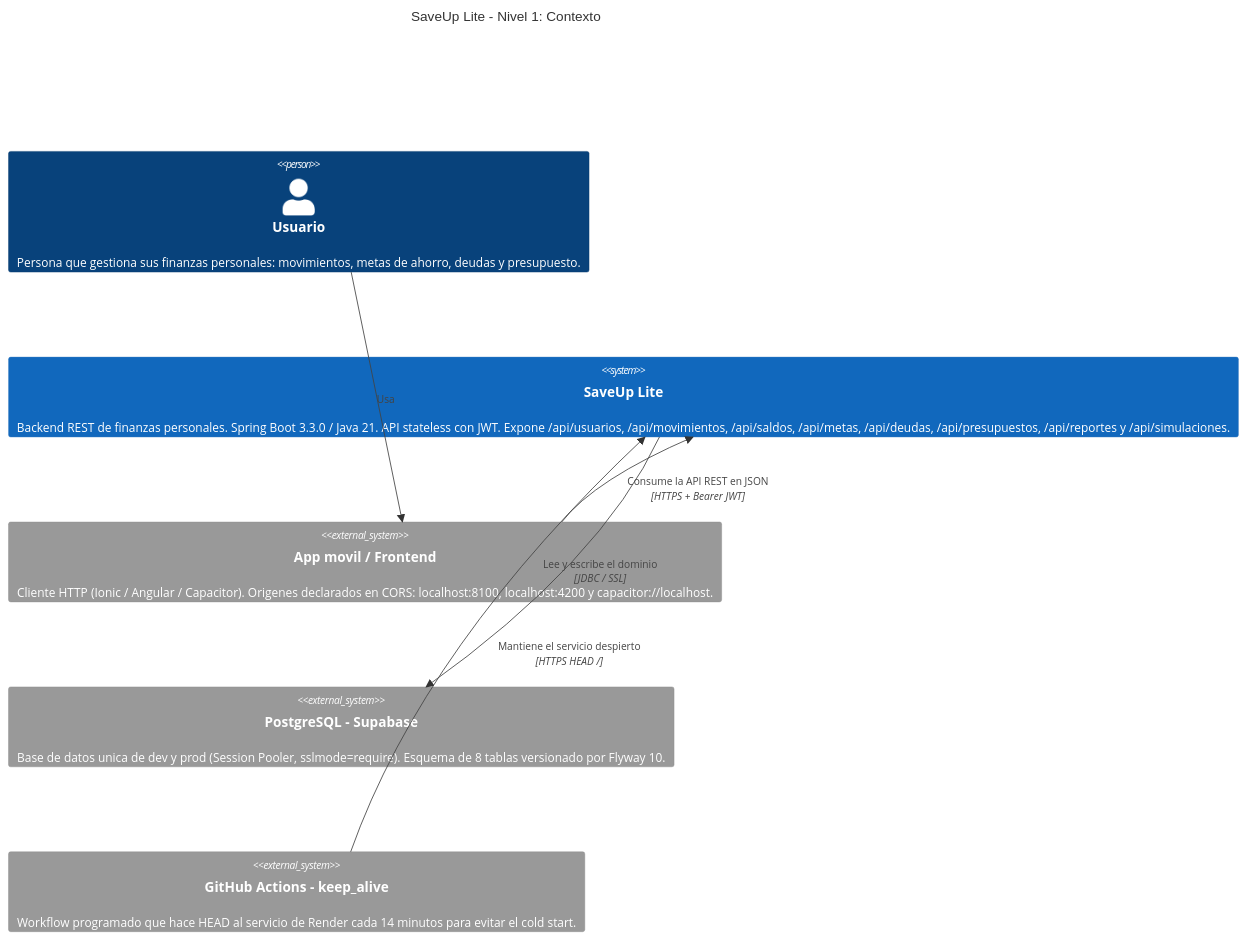
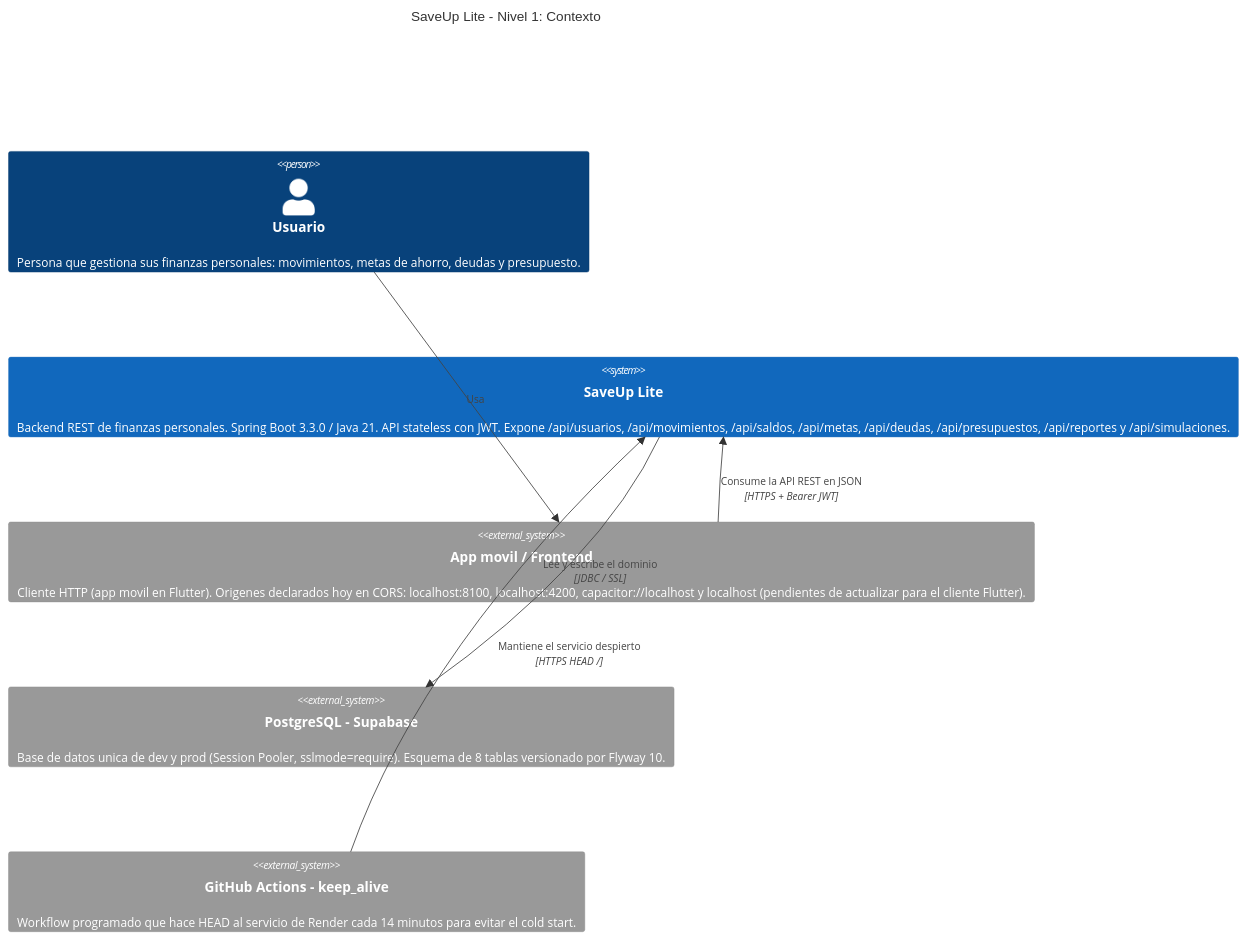
One commit to ItsMilkey/LITE changed the diagram in docs/diagramas/01-contexto.md. Above: the diagram before and after it, drawn with Mermaid. The commit also changed other lines of this file and 23 other files, not shown here.

Commit message:
Diagramas de arquitectura e Historias de usuario.

````diff
--- a/docs/diagramas/01-contexto.md
+++ b/docs/diagramas/01-contexto.md
@@ -17,19 +17,19 @@
 ```mermaid
 C4Context
     title SaveUp Lite - Nivel 1: Contexto
 
     Person(usuario, "Usuario", "Persona que gestiona sus finanzas personales: movimientos, metas de ahorro, deudas y presupuesto.")
 
     System(saveup, "SaveUp Lite", "Backend REST de finanzas personales. Spring Boot 3.3.0 / Java 21. API stateless con JWT. Expone /api/usuarios, /api/movimientos, /api/saldos, /api/metas, /api/deudas, /api/presupuestos, /api/reportes y /api/simulaciones.")
 
-    System_Ext(cliente, "App movil / Frontend", "Cliente HTTP (Ionic / Angular / Capacitor). Origenes declarados en CORS: localhost:8100, localhost:4200 y capacitor://localhost.")
+    System_Ext(cliente, "App movil / Frontend", "Cliente HTTP (app movil en Flutter). Origenes declarados hoy en CORS: localhost:8100, localhost:4200, capacitor://localhost y localhost (pendientes de actualizar para el cliente Flutter).")
 
     System_Ext(supabase, "PostgreSQL - Supabase", "Base de datos unica de dev y prod (Session Pooler, sslmode=require). Esquema de 8 tablas versionado por Flyway 10.")
 
     System_Ext(cron, "GitHub Actions - keep_alive", "Workflow programado que hace HEAD al servicio de Render cada 14 minutos para evitar el cold start.")
 
     Rel(usuario, cliente, "Usa")
     Rel(cliente, saveup, "Consume la API REST en JSON", "HTTPS + Bearer JWT")
     Rel(saveup, supabase, "Lee y escribe el dominio", "JDBC / SSL")
     Rel(cron, saveup, "Mantiene el servicio despierto", "HTTPS HEAD /")
 ```
````
